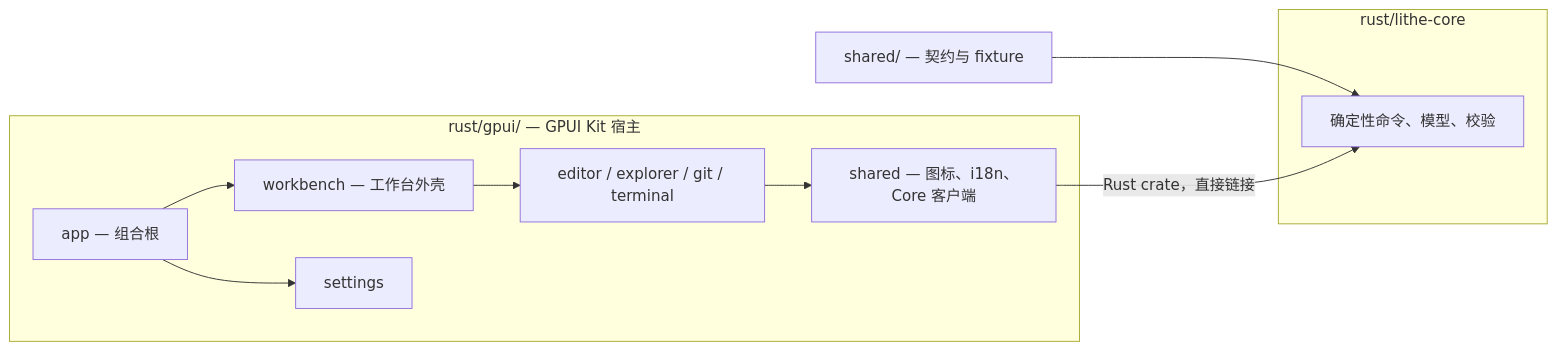
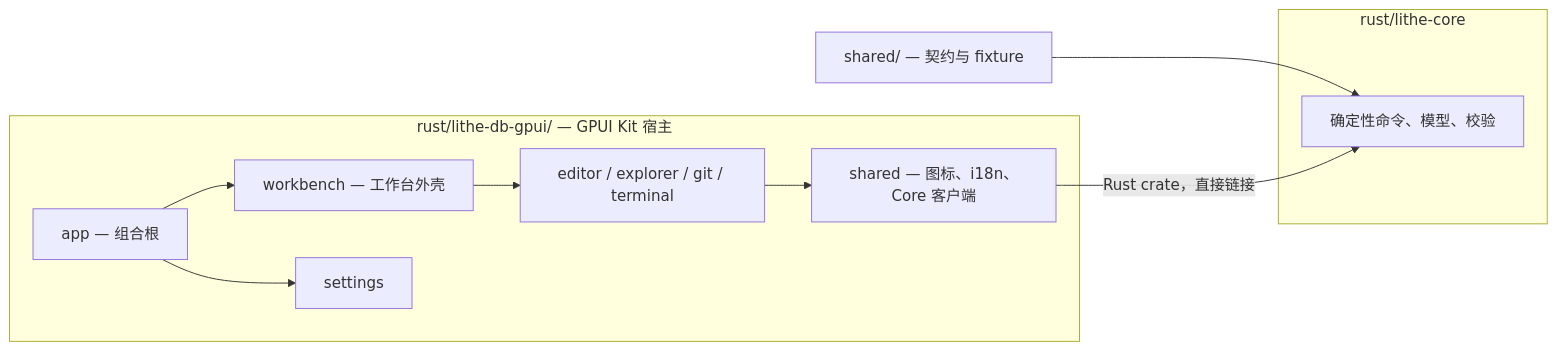
One commit to T-fenlin/Lithe-IDEA changed the diagram in README.zh-CN.md. Above: the diagram before and after it, drawn with Mermaid. The commit also changed other lines of this file and 1677 other files, not shown here.

First line of the commit message:
refactor(lithe-db-gpui): 宿主目录与 crate 前缀由 gpui 改为 lithe-db-gpui

````diff
--- a/README.zh-CN.md
+++ b/README.zh-CN.md
@@ -155,16 +155,16 @@
 ```mermaid
 flowchart LR
-    subgraph Host["rust/gpui/ — GPUI Kit 宿主"]
+    subgraph Host["rust/lithe-db-gpui/ — GPUI Kit 宿主"]
         App["app — 组合根"] --> Workbench["workbench — 工作台外壳"]
         Workbench --> Editor["editor / explorer / git / terminal"]
         App --> Settings["settings"]
         Editor --> Shared["shared — 图标、i18n、Core 客户端"]
     end
 
     subgraph Core["rust/lithe-core"]
         Commands["确定性命令、模型、校验"]
     end
 
     Contracts["shared/ — 契约与 fixture"] --> Commands
     Shared -->|"Rust crate，直接链接"| Commands
 ```
````
